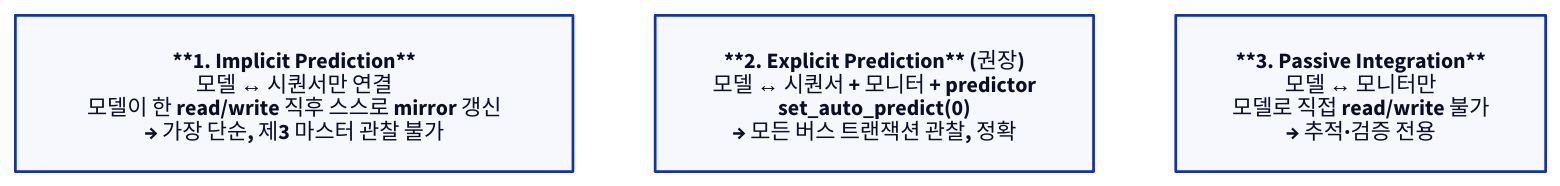
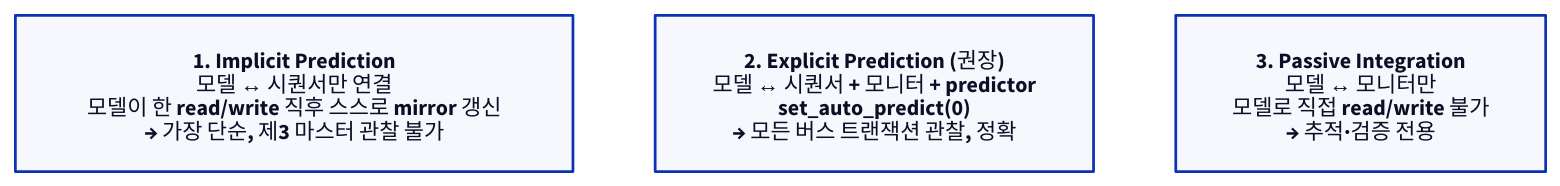
The third of 5 diagrams in starlight_site/src/content/docs/uvm/07_register_layer_ral.md (humbleowl39/DV_SKOOL), drawn with D2 before and after one commit. The commit also changed other lines of this file and 714 other files, not shown here.

First line of the commit message:
fix(site): d2 다이어그램 가독성 결함 6종 일괄 수정

````diff
--- a/starlight_site/src/content/docs/uvm/07_register_layer_ral.md
+++ b/starlight_site/src/content/docs/uvm/07_register_layer_ral.md
@@ -190,7 +190,7 @@
 ```d2
 direction: down
 
-IMP: "**1. Implicit Prediction**\n모델 ↔ 시퀀서만 연결\n모델이 한 read/write 직후 스스로 mirror 갱신\n→ 가장 단순, 제3 마스터 관찰 불가"
-EXP: "**2. Explicit Prediction** (권장)\n모델 ↔ 시퀀서 + 모니터 + predictor\nset_auto_predict(0)\n→ 모든 버스 트랜잭션 관찰, 정확"
-PAS: "**3. Passive Integration**\n모델 ↔ 모니터만\n모델로 직접 read/write 불가\n→ 추적·검증 전용"
+IMP: "1. Implicit Prediction\n모델 ↔ 시퀀서만 연결\n모델이 한 read/write 직후 스스로 mirror 갱신\n→ 가장 단순, 제3 마스터 관찰 불가"
+EXP: "2. Explicit Prediction (권장)\n모델 ↔ 시퀀서 + 모니터 + predictor\nset_auto_predict(0)\n→ 모든 버스 트랜잭션 관찰, 정확"
+PAS: "3. Passive Integration\n모델 ↔ 모니터만\n모델로 직접 read/write 불가\n→ 추적·검증 전용"
 ```
````
